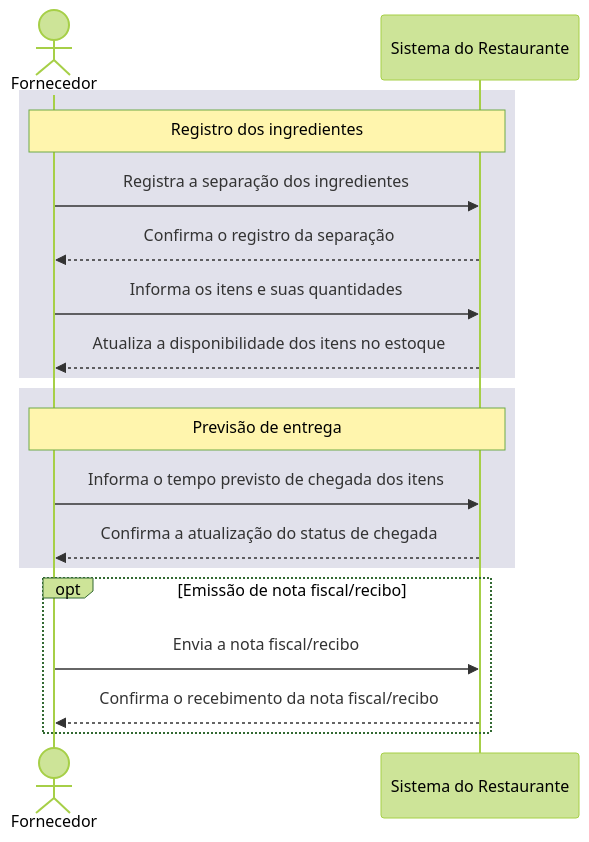
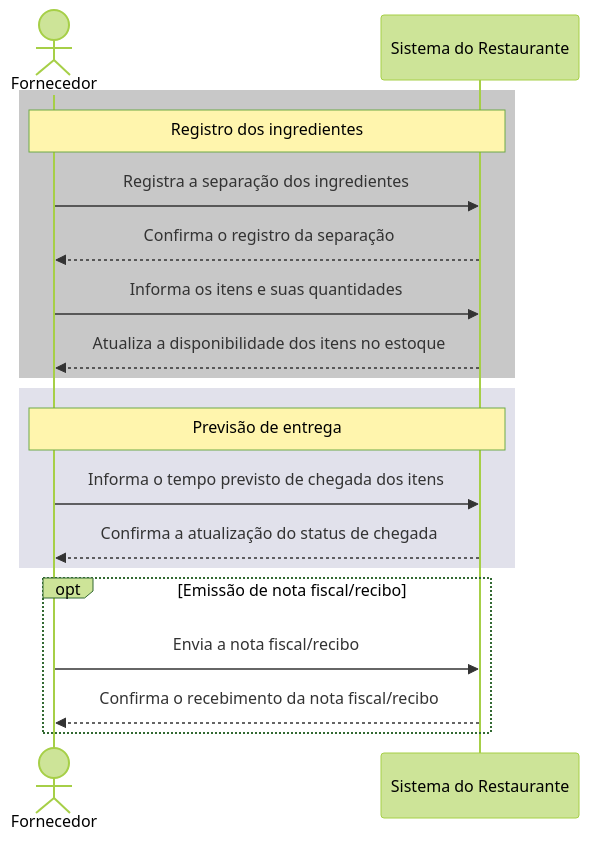
One commit to GusCage/teste changed the diagram in sla.md. Above: the diagram before and after it, drawn with Mermaid (forest theme).

Commit message:
Update rectangle color in sequence diagram

````diff
--- a/sla.md
+++ b/sla.md
@@ -2,24 +2,24 @@
 ```mermaid
 sequenceDiagram
     actor Fornecedor
     participant Sistema as Sistema do Restaurante
 
-    rect rgb(225, 225, 235)
+    rect rgb(200, 200, 200)
         Note over Fornecedor,Sistema: Registro dos ingredientes
         Fornecedor->>Sistema: Registra a separação dos ingredientes
         Sistema-->>Fornecedor: Confirma o registro da separação
         Fornecedor->>Sistema: Informa os itens e suas quantidades
         Sistema-->>Fornecedor: Atualiza a disponibilidade dos itens no estoque
     end
 
     rect rgb(225, 225, 235)
         Note over Fornecedor,Sistema: Previsão de entrega
         Fornecedor->>Sistema: Informa o tempo previsto de chegada dos itens
         Sistema-->>Fornecedor: Confirma a atualização do status de chegada
     end
 
     opt Emissão de nota fiscal/recibo
         Fornecedor->>Sistema: Envia a nota fiscal/recibo
         Sistema-->>Fornecedor: Confirma o recebimento da nota fiscal/recibo
     end
 ```
````
